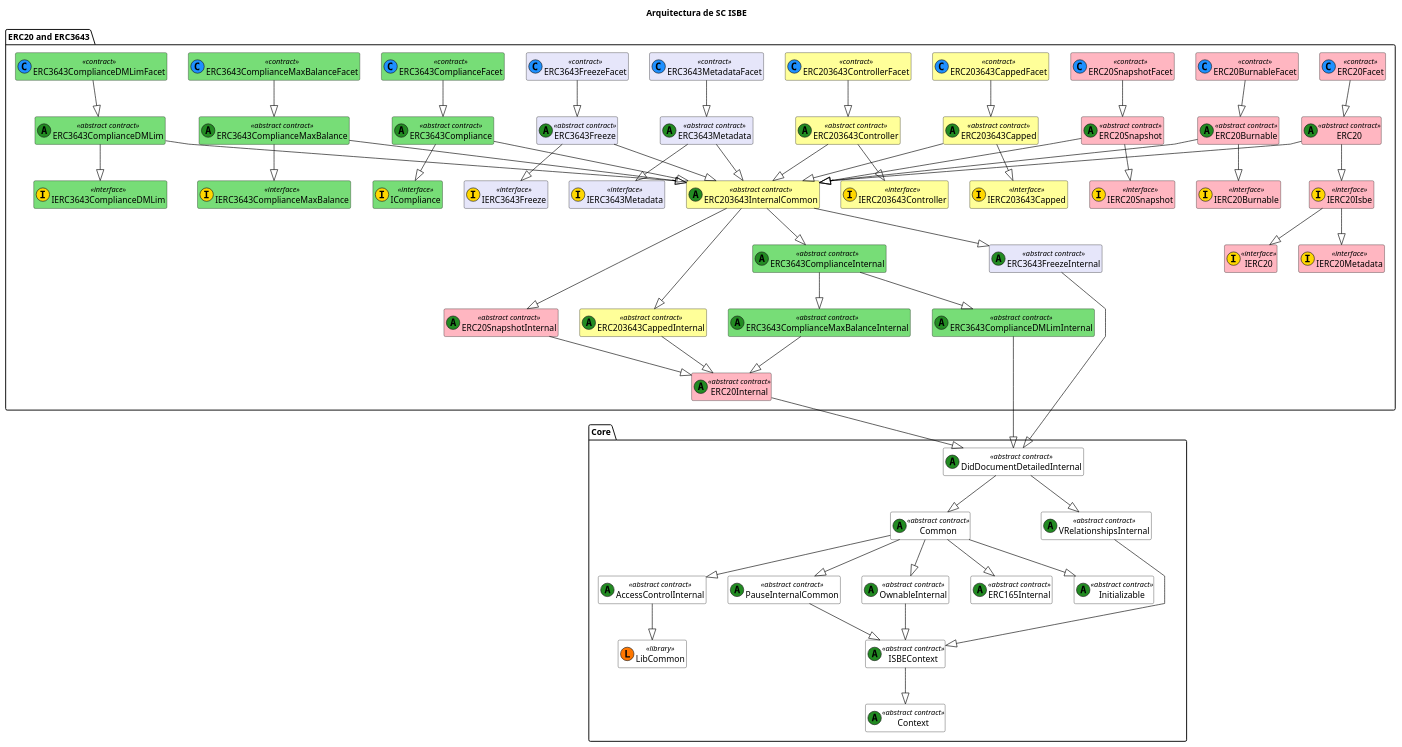
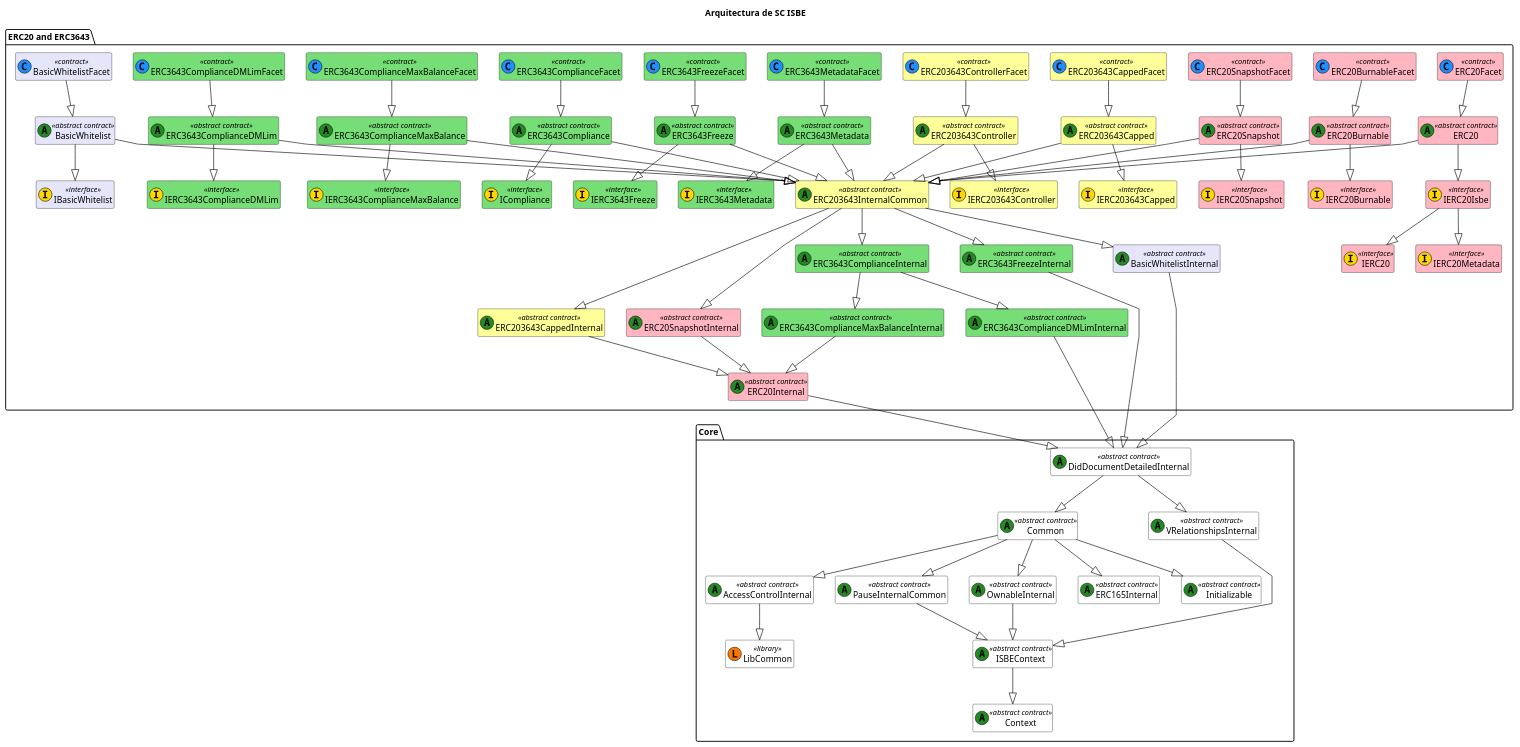
The diagram in docs/diagrams/ISBE-SC-UML-Global-Functional_2.puml (red-isbe/isbe-contracts), drawn with PlantUML before and after one commit. The commit also changed 3 other files, not shown here.

Commit message:
update 3643 diagram to include whitelist

```diff
--- a/docs/diagrams/ISBE-SC-UML-Global-Functional_2.puml
+++ b/docs/diagrams/ISBE-SC-UML-Global-Functional_2.puml
@@ -1,171 +1,183 @@
 @startuml
 title Arquitectura de SC ISBE
 
 skinparam class {
     BackgroundColor White
     ArrowColor Black
     BorderColor Black
 }
 skinparam linetype polyline
 hide empty members
 
 ' === CORE ===
 package "Core" {
     class Initializable <<(A,#228b22) abstract contract>>
     class Common <<(A,#228b22) abstract contract>>
     class DidDocumentDetailedInternal <<(A,#228b22) abstract contract>>
     class VRelationshipsInternal <<(A,#228b22) abstract contract>>
     class LibCommon << (L,#FF7700) library >>
     class ISBEContext <<(A,#228b22) abstract contract>>
     class AccessControlInternal <<(A,#228b22) abstract contract>> 
     class PauseInternalCommon <<(A,#228b22) abstract contract>> 
     class OwnableInternal <<(A,#228b22) abstract contract>> 
     class ERC165Internal <<(A,#228b22) abstract contract>>
     class Context <<(A,#228b22) abstract contract>>
 
     DidDocumentDetailedInternal --|> Common
     DidDocumentDetailedInternal --|> VRelationshipsInternal 
     Common --|> Initializable
     Common --|> ERC165Internal
     Common --|> AccessControlInternal
     Common --|> OwnableInternal
     Common --|> PauseInternalCommon
     VRelationshipsInternal--|> ISBEContext
     PauseInternalCommon --|> ISBEContext
     OwnableInternal --|> ISBEContext
     ISBEContext --|> Context
     AccessControlInternal --|> LibCommon
 }
 
 
 
 
 ' === ERC20 and ERC3643 ===
 package "ERC20 and ERC3643" {
     class IERC20 <<(I,#FFD700) interface>> #FFB6C1
     class IERC20Metadata <<(I,#FFD700) interface>> #FFB6C1
     class IERC20Isbe <<(I,#FFD700) interface>> #FFB6C1
     class IERC20Burnable <<(I,#FFD700) interface>> #FFB6C1
     class IERC20Snapshot <<(I,#FFD700) interface>> #FFB6C1
     class IERC203643Capped <<(I,#FFD700) interface>> #FFFF99
     class IERC203643Controller <<(I,#FFD700) interface>> #FFFF99
     
 
     class ERC20 <<(A,#228B22) abstract contract>> #FFB6C1
     class ERC20Facet <<(C,#1E90FF) contract>> #FFB6C1
     class ERC20Internal <<(A,#228B22) abstract contract>> #FFB6C1
 
     class ERC20Burnable <<(A,#228B22) abstract contract>> #FFB6C1
     class ERC20BurnableFacet <<(C,#1E90FF) contract>> #FFB6C1
 
     class ERC20Snapshot <<(A,#228B22) abstract contract>> #FFB6C1
     class ERC20SnapshotFacet <<(C,#1E90FF) contract>> #FFB6C1
     class ERC20SnapshotInternal <<(A,#228B22) abstract contract>> #FFB6C1
 
     class ERC203643Capped <<(A,#228B22) abstract contract>> #FFFF99
     class ERC203643CappedFacet <<(C,#1E90FF) contract>> #FFFF99
     class ERC203643CappedInternal <<(A,#228B22) abstract contract>> #FFFF99
 
     class ERC203643Controller <<(A,#228B22) abstract contract>> #FFFF99
     class ERC203643ControllerFacet <<(C,#1E90FF) contract>> #FFFF99
 
     
 
     ERC20 --|> IERC20Isbe
     IERC20Isbe --|> IERC20
     IERC20Isbe --|> IERC20Metadata
     
   
     ERC20Internal --|> DidDocumentDetailedInternal 
     ERC20Facet --|> ERC20
 
     ERC20Burnable --|> IERC20Burnable
     ERC20BurnableFacet --|> ERC20Burnable
 
     ERC203643Capped --|> IERC203643Capped
     ERC203643CappedFacet --|> ERC203643Capped
     ERC203643CappedInternal --|> ERC20Internal
 
     ERC203643Controller --|> IERC203643Controller
     ERC203643ControllerFacet --|> ERC203643Controller
 
     ERC20Snapshot --|> IERC20Snapshot
     ERC20SnapshotFacet --|> ERC20Snapshot
     ERC20SnapshotInternal --|> ERC20Internal
 
 
 
     ' --- Metadata ---
-    class IERC3643Metadata <<(I,#FFD700) interface>> #E6E6FA
-    class ERC3643Metadata <<(A,#228B22) abstract contract>> #E6E6FA
-    class ERC3643MetadataFacet <<(C,#1E90FF) contract>> #E6E6FA
+    class IERC3643Metadata <<(I,#FFD700) interface>> #77DD77
+    class ERC3643Metadata <<(A,#228B22) abstract contract>> #77DD77
+    class ERC3643MetadataFacet <<(C,#1E90FF) contract>> #77DD77
 
     ERC3643MetadataFacet --|> ERC3643Metadata 
     ERC3643Metadata --|> IERC3643Metadata   
 
     ' --- Freeze ---
-    class IERC3643Freeze <<(I,#FFD700) interface>> #E6E6FA
-    class ERC3643FreezeInternal <<(A,#228B22) abstract contract>> #E6E6FA
-    class ERC3643Freeze <<(A,#228B22) abstract contract>> #E6E6FA
-    class ERC3643FreezeFacet <<(C,#1E90FF) contract>> #E6E6FA
+    class IERC3643Freeze <<(I,#FFD700) interface>> #77DD77
+    class ERC3643FreezeInternal <<(A,#228B22) abstract contract>> #77DD77
+    class ERC3643Freeze <<(A,#228B22) abstract contract>> #77DD77
+    class ERC3643FreezeFacet <<(C,#1E90FF) contract>> #77DD77
 
     ERC3643FreezeFacet --|> ERC3643Freeze
     ERC3643Freeze --|> IERC3643Freeze  
     ERC3643FreezeInternal --|> DidDocumentDetailedInternal 
 
     ' --- Compliance---
     class ICompliance <<(I,#FFD700) interface>> #77DD77
     class ERC3643ComplianceInternal <<(A,#228B22) abstract contract>> #77DD77
     class ERC3643Compliance <<(A,#228B22) abstract contract>> #77DD77
     class ERC3643ComplianceFacet <<(C,#1E90FF) contract>> #77DD77
     
     ERC3643ComplianceFacet --|> ERC3643Compliance
     ERC3643Compliance --|> ICompliance   
 
     ' --- Compliance Max Balance---
     class IERC3643ComplianceMaxBalance <<(I,#FFD700) interface>> #77DD77
     class ERC3643ComplianceMaxBalanceInternal <<(A,#228B22) abstract contract>> #77DD77
     class ERC3643ComplianceMaxBalance <<(A,#228B22) abstract contract>> #77DD77
     class ERC3643ComplianceMaxBalanceFacet <<(C,#1E90FF) contract>> #77DD77
     
     ERC3643ComplianceMaxBalanceFacet --|> ERC3643ComplianceMaxBalance
     ERC3643ComplianceMaxBalance --|> IERC3643ComplianceMaxBalance 
     ERC3643ComplianceMaxBalanceInternal --|> ERC20Internal
 
     ERC3643ComplianceInternal --|> ERC3643ComplianceMaxBalanceInternal 
 
    ' --- DM Limit---
     class IERC3643ComplianceDMLim<<(I,#FFD700) interface>> #77DD77
     class ERC3643ComplianceDMLimInternal<<(A,#228B22) abstract contract>> #77DD77
     class ERC3643ComplianceDMLim<<(A,#228B22) abstract contract>> #77DD77
     class ERC3643ComplianceDMLimFacet<<(C,#1E90FF) contract>> #77DD77
     
     ERC3643ComplianceDMLimFacet--|> ERC3643ComplianceDMLim
     ERC3643ComplianceDMLim--|> IERC3643ComplianceDMLim
     ERC3643ComplianceDMLimInternal--|> DidDocumentDetailedInternal
 
     ERC3643ComplianceInternal --|> ERC3643ComplianceDMLimInternal
+
+    ' --- BasicWhitelist ---
+    class IBasicWhitelist <<(I,#FFD700) interface>> #E6E6FA
+    class BasicWhitelistInternal <<(A,#228B22) abstract contract>> #E6E6FA
+    class BasicWhitelist <<(A,#228B22) abstract contract>> #E6E6FA
+    class BasicWhitelistFacet <<(C,#1E90FF) contract>> #E6E6FA
+
+    BasicWhitelistFacet --|> BasicWhitelist
+    BasicWhitelist --|> IBasicWhitelist  
+    BasicWhitelistInternal --|> DidDocumentDetailedInternal 
     
 
     ' --- ERC203643 Internal Common ---
     class ERC203643InternalCommon <<(A,#228B22) abstract contract>> #FFFF99
     ERC203643InternalCommon --|> ERC20SnapshotInternal
     ERC203643InternalCommon --|> ERC203643CappedInternal
     ERC203643InternalCommon --|> ERC3643FreezeInternal
     ERC203643InternalCommon --|> ERC3643ComplianceInternal
+    ERC203643InternalCommon --|> BasicWhitelistInternal
 
 
     ERC3643Metadata --|> ERC203643InternalCommon
     ERC3643Freeze --|> ERC203643InternalCommon
     ERC20 --|> ERC203643InternalCommon
     ERC20Burnable --|> ERC203643InternalCommon
     ERC203643Capped --|> ERC203643InternalCommon
     ERC203643Controller --|> ERC203643InternalCommon
     ERC20Snapshot --|> ERC203643InternalCommon
     ERC3643Compliance --|> ERC203643InternalCommon
     ERC3643ComplianceMaxBalance --|> ERC203643InternalCommon
     ERC3643ComplianceDMLim --|> ERC203643InternalCommon
+    BasicWhitelist --|> ERC203643InternalCommon
 
 
 }
 @enduml
```
